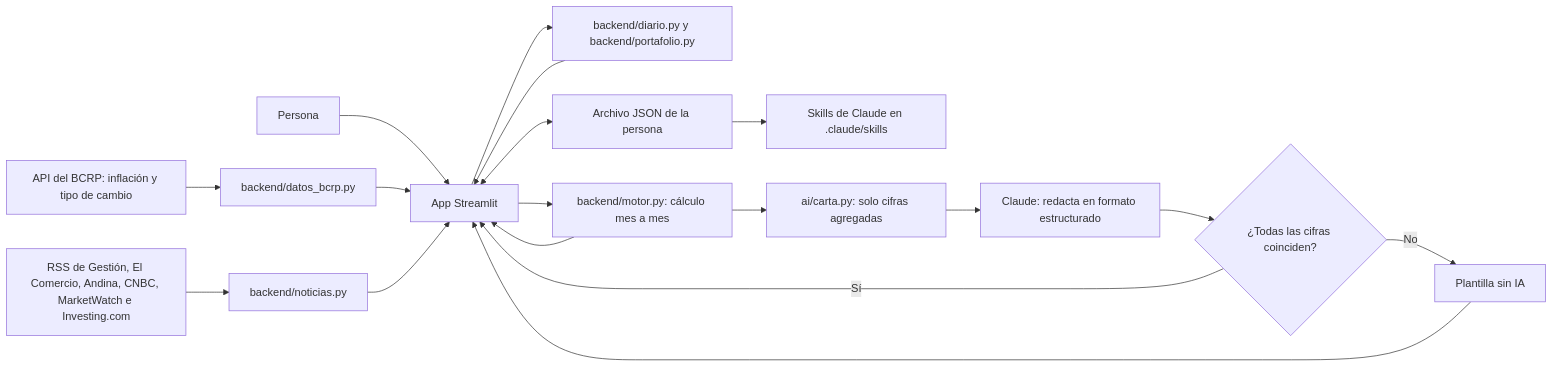
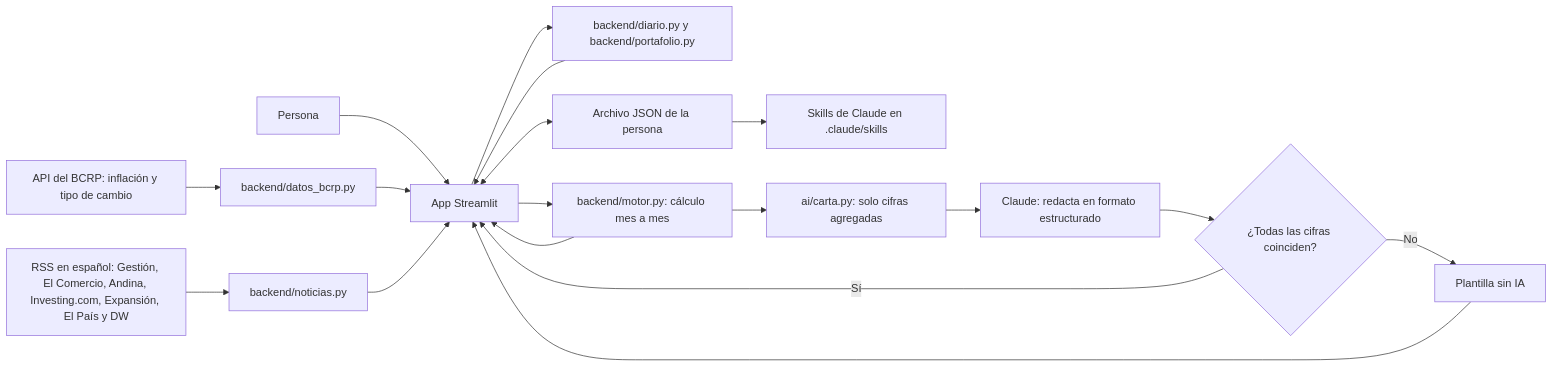
Before and after one commit to karivanne2-a11y/futuro-yo: the diagram in README.md, drawn with Mermaid. The commit also changed 7 other files, not shown here.

First line of the commit message:
Noticias internacionales en español y frases con humor

````diff
--- a/README.md
+++ b/README.md
@@ -59,20 +59,20 @@
 ```mermaid
 flowchart LR
     U[Persona] --> A[App Streamlit]
     B[API del BCRP: inflación y tipo de cambio] --> D[backend/datos_bcrp.py]
     D --> A
-    R[RSS de Gestión, El Comercio, Andina, CNBC, MarketWatch e Investing.com] --> N[backend/noticias.py]
+    R[RSS en español: Gestión, El Comercio, Andina, Investing.com, Expansión, El País y DW] --> N[backend/noticias.py]
     N --> A
     A --> F[backend/diario.py y backend/portafolio.py]
     F --> A
     A <--> J[Archivo JSON de la persona]
     J --> K[Skills de Claude en .claude/skills]
     A --> M[backend/motor.py: cálculo mes a mes]
     M --> A
     M --> H[ai/carta.py: solo cifras agregadas]
     H --> C[Claude: redacta en formato estructurado]
     C --> V{¿Todas las cifras coinciden?}
     V -- Sí --> A
     V -- No --> P[Plantilla sin IA]
     P --> A
 ```
````
